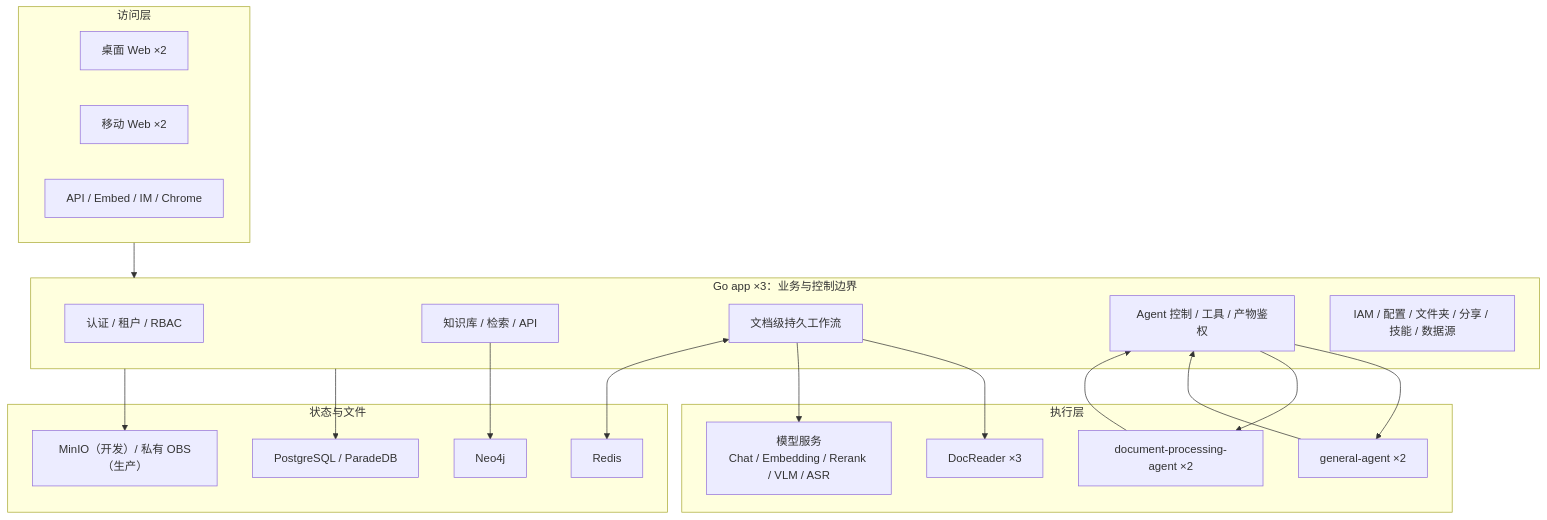
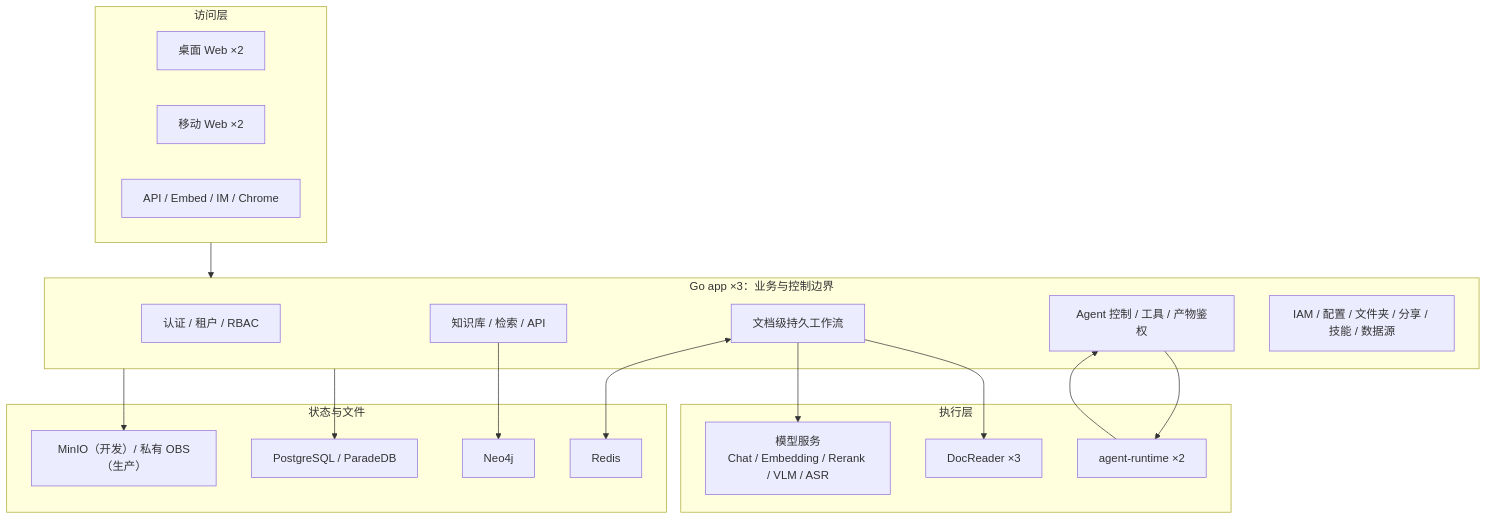
Before and after one commit to Meaninles/wekno: the first of 2 diagrams in README.md, drawn with Mermaid. The commit also changed other lines of this file and 399 other files, not shown here.

Commit message:
Unify agent runtime and remove legacy engines

````diff
--- a/README.md
+++ b/README.md
@@ -64,42 +63,39 @@
 ```mermaid
 flowchart TB
     subgraph Access["访问层"]
         Desktop["桌面 Web ×2"]
         Mobile["移动 Web ×2"]
         External["API / Embed / IM / Chrome"]
     end
 
     subgraph Control["Go app ×3：业务与控制边界"]
         Auth["认证 / 租户 / RBAC"]
         KB["知识库 / 检索 / API"]
         DQ["文档级持久工作流"]
         Agent["Agent 控制 / 工具 / 产物鉴权"]
         Custom["IAM / 配置 / 文件夹 / 分享 / 技能 / 数据源"]
     end
 
     subgraph Execution["执行层"]
         DR["DocReader ×3"]
-        GA["general-agent ×2"]
-        DA["document-processing-agent ×2"]
+        GA["agent-runtime ×2"]
         Model["模型服务\nChat / Embedding / Rerank / VLM / ASR"]
     end
 
     subgraph Data["状态与文件"]
         PG["PostgreSQL / ParadeDB"]
         Redis["Redis"]
         Object["MinIO（开发）/ 私有 OBS（生产）"]
         Neo4j["Neo4j"]
     end
 
     Access --> Control
     DQ --> DR
     DQ --> Model
     Agent --> GA
-    Agent --> DA
     GA --> Agent
-    DA --> Agent
     Control --> PG
     DQ <--> Redis
     Control --> Object
     KB --> Neo4j
 ```
````
